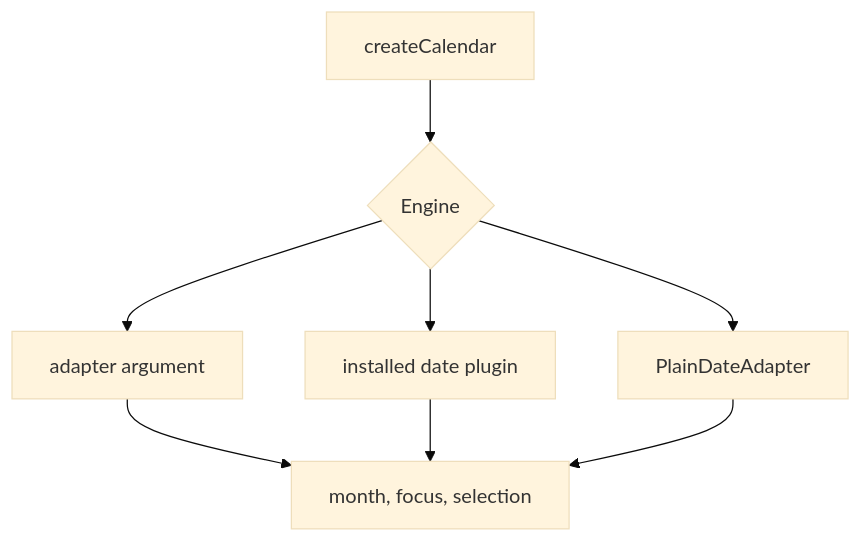
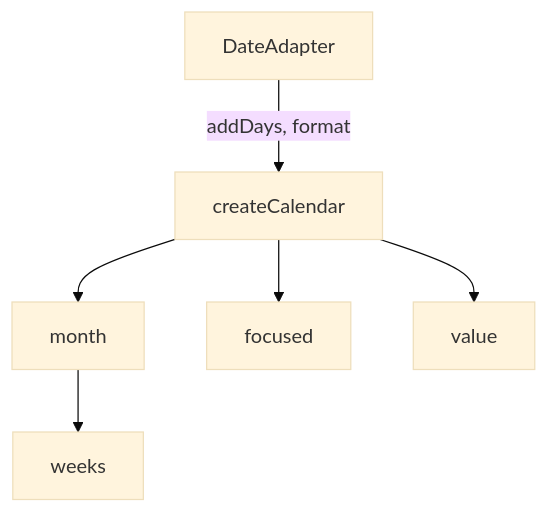
One commit to vuetifyjs/0 changed the diagram in apps/docs/src/pages/composables/forms/create-calendar.md. Above: the diagram before and after it, drawn with Mermaid (base theme). The commit also changed other lines of this file, not shown here.

Commit message:
docs(createCalendar): link the adapter section to the date plugin
The opening paragraph names the installed date plugin, useDate, DateAdapter, and PlainDateAdapter. The architecture chart is one adapter feeding the grid.

````diff
--- a/apps/docs/src/pages/composables/forms/create-calendar.md
+++ b/apps/docs/src/pages/composables/forms/create-calendar.md
@@ -97,17 +97,15 @@
-```mermaid "createCalendar"
+```mermaid "createCalendar Architecture"
 flowchart TD
+  Adapter["DateAdapter"]
   Cal["createCalendar"]:::primary
-  Choice{"Engine"}
-  Passed["adapter argument"]
-  Plugin["installed date plugin"]
-  Plain["PlainDateAdapter"]
-  Grid["month, focus, selection"]
+  Month["month"]
+  Focus["focused"]
+  Value["value"]
+  Weeks["weeks"]
 
-  Cal --> Choice
-  Choice --> Passed
-  Choice --> Plugin
-  Choice --> Plain
-  Passed --> Grid
-  Plugin --> Grid
-  Plain --> Grid
+  Adapter -->|addDays, format| Cal
+  Cal --> Month
+  Cal --> Focus
+  Cal --> Value
+  Month --> Weeks
 ```
````
